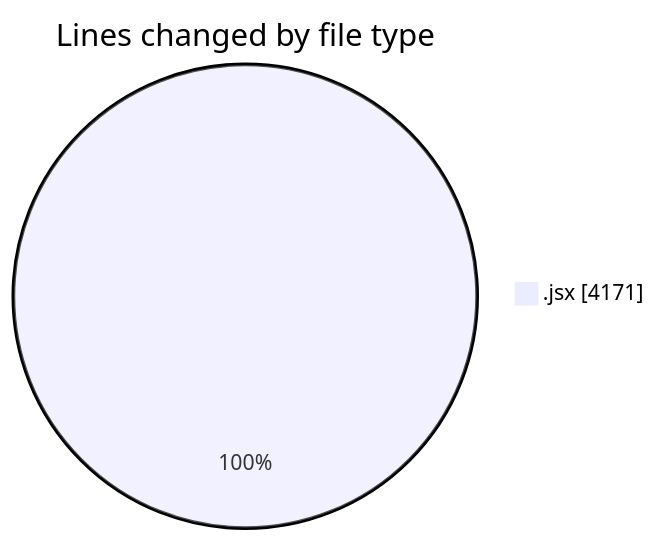
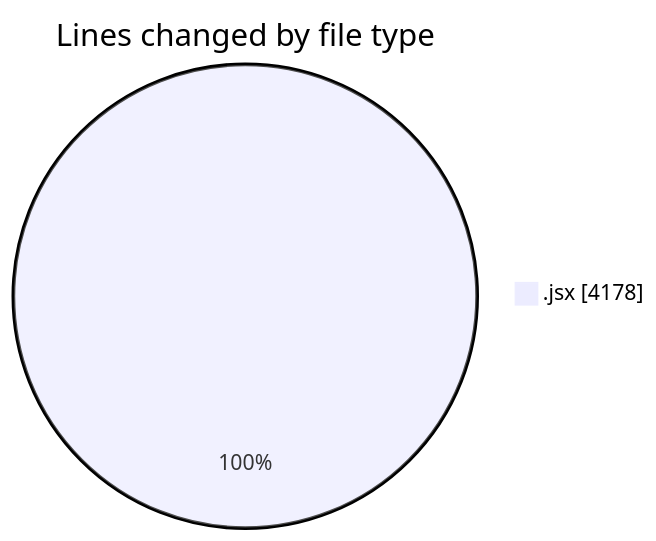
Before and after one commit to nxtqubesakshisongat/code-tracking: the first of 2 diagrams in 2025-07-08/argos/README.md, drawn with Mermaid. The commit also changed other lines of this file and 1 other file, not shown here.

````diff
--- a/2025-07-08/argos/README.md
+++ b/2025-07-08/argos/README.md
@@ -25,5 +25,5 @@
 ```mermaid
 pie showData
 title Lines changed by file type
-".jsx" : 4171
+".jsx" : 4178
 ```
````
